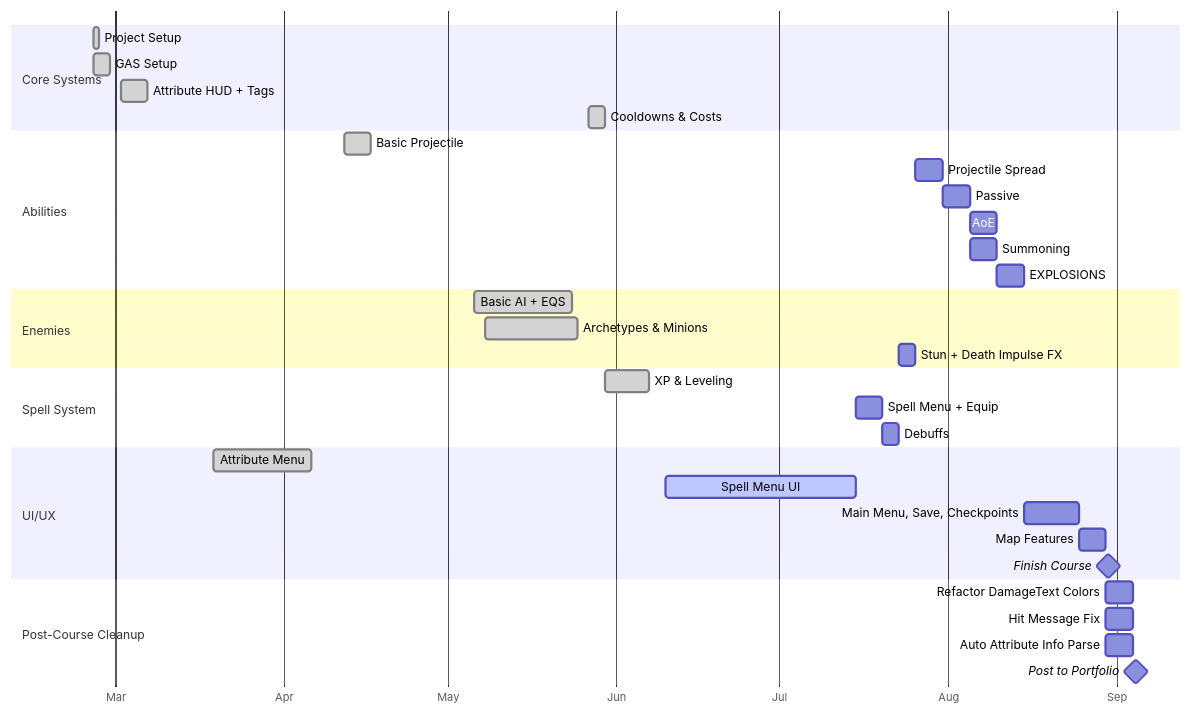
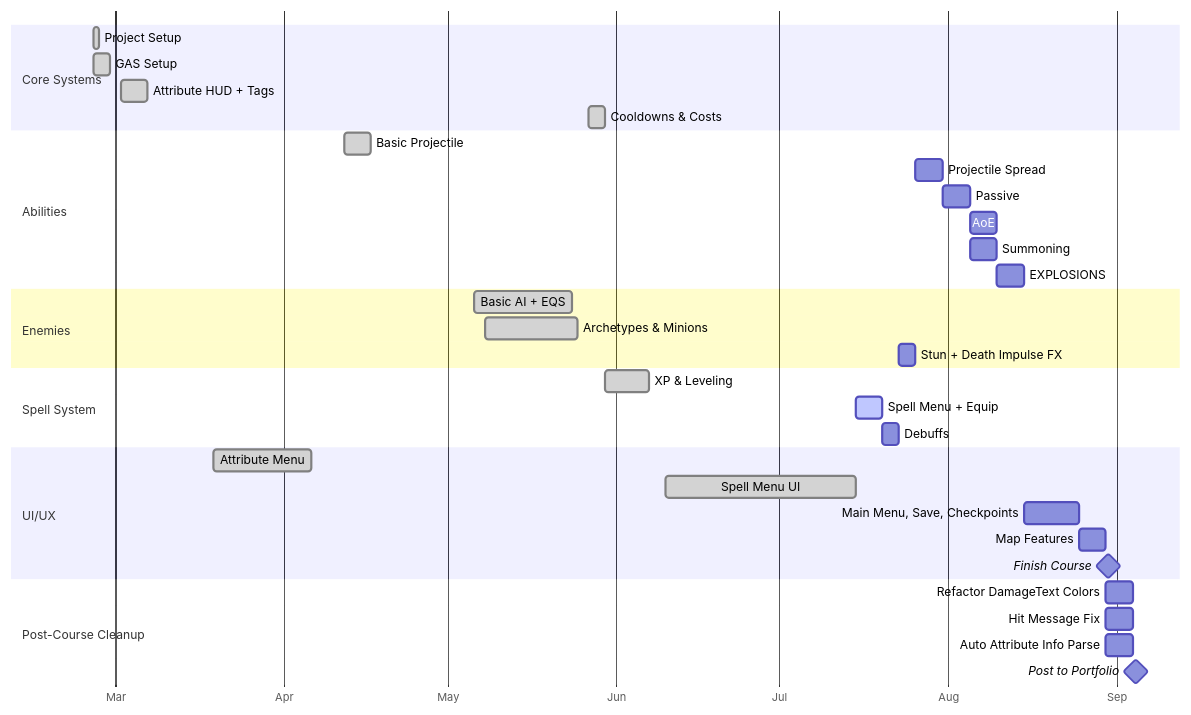
Before and after one commit to ambrosiacvet/quartz-devblog: the diagram in content/June 2025/Aura.md, drawn with Mermaid. The commit also changed other lines of this file, not shown here.

Commit message:
Quartz sync: Jul 10, 2025, 10:29 PM

````diff
--- a/content/June 2025/Aura.md
+++ b/content/June 2025/Aura.md
@@ -78,44 +78,44 @@
 ```mermaid
 gantt
     dateFormat  MM-DD-YYYY
     axisFormat  %b
     tickInterval 1month
 
     section Core Systems
 	Project Setup                  :done,     proj,         02-25-2025, 1d
     GAS Setup                      :done,     gas,          02-25-2025, 02-28-2025
     Attribute HUD + Tags           :done,     attributes,   03-02-2025, 03-07-2025
     Cooldowns & Costs              :done,     cooldowns,    05-27-2025, 05-30-2025
 
     section Abilities
     Basic Projectile               :done,     proj,         04-12-2025, 04-17-2025
 	Projectile Spread              :          spread,       after stun, 5d
 	Passive                        :          passives,     after spread, 5d
     AoE                            :          aoe,          after passives, 5d
     Summoning                      :          summon,       after passives, 5d
 	EXPLOSIONS                     :          boom,         after summon, 5d
         
     section Enemies
     Basic AI + EQS                 :done,     ai,           05-06-2025, 05-24-2025
     Archetypes & Minions           :done,     archetypes,   05-08-2025, 05-25-2025
     Stun + Death Impulse FX        :          stun,         after debuffs, 3d
 
     section Spell System
     XP & Leveling                  :done,     spellsys,     05-30-2025, 06-07-2025
-    Spell Menu + Equip             :          menu,         after spellui, 5d
+    Spell Menu + Equip             :active,   menu,         after spellui, 5d
     Debuffs                        :          debuffs,      after menu, 3d
 
     section UI/UX
     Attribute Menu                 :done,     uimenu,       03-19-2025, 04-06-2025
-    Spell Menu UI                  :active,   spellui,      06-10-2025, 07-15-2025
+    Spell Menu UI                  :done,     spellui,      06-10-2025, 07-15-2025
     Main Menu, Save, Checkpoints   :          mainui,       after boom, 10d
     Map Features                   :          map,          after mainui, 5d
     Finish Course                  :milestone,fin,          after map, 1d
 
     section Post-Course Cleanup
     Refactor DamageText Colors     :          refactor1,    after map, 5d
     Hit Message Fix                :          refactor2,    after map, 5d
     Auto Attribute Info Parse      :          refactor3,    after map, 5d
     Post to Portfolio              :milestone,post,         after refactor3, 1d
 
 ```
````
